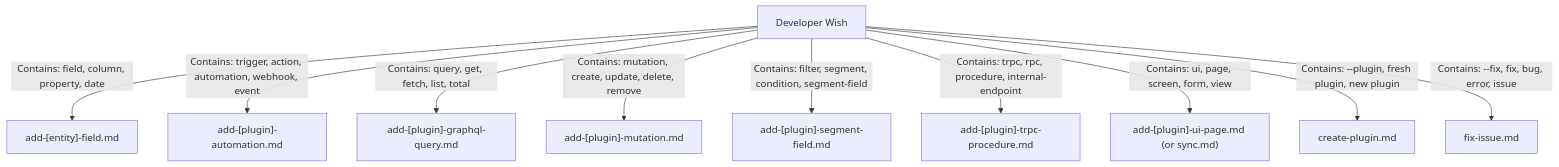
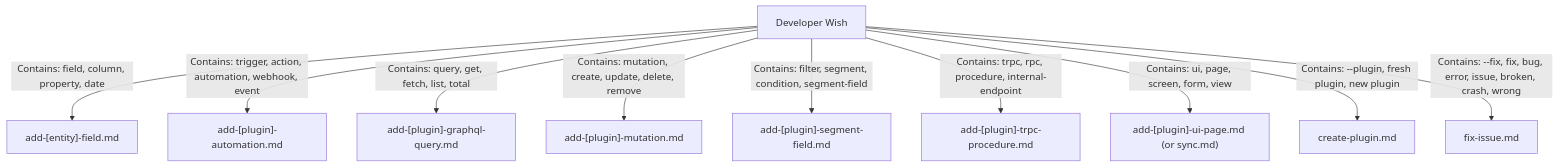
Before and after one commit to erxes/erxes: the first of 2 diagrams in .agents/skills/start.md, drawn with Mermaid. The commit also changed other lines of this file and 12 other files, not shown here.

````diff
--- a/.agents/skills/start.md
+++ b/.agents/skills/start.md
@@ -23,12 +23,12 @@
 ```mermaid
 graph TD
     Wish["Developer Wish"] -->|Contains: field, column, property, date| Field["add-[entity]-field.md"]
     Wish -->|Contains: trigger, action, automation, webhook, event| Auto["add-[plugin]-automation.md"]
     Wish -->|Contains: query, get, fetch, list, total| Query["add-[plugin]-graphql-query.md"]
     Wish -->|Contains: mutation, create, update, delete, remove| Mut["add-[plugin]-mutation.md"]
     Wish -->|Contains: filter, segment, condition, segment-field| Seg["add-[plugin]-segment-field.md"]
     Wish -->|Contains: trpc, rpc, procedure, internal-endpoint| TRPC["add-[plugin]-trpc-procedure.md"]
     Wish -->|Contains: ui, page, screen, form, view| UI["add-[plugin]-ui-page.md (or sync.md)"]
     Wish -->|Contains: --plugin, fresh plugin, new plugin| CreatePlugin["create-plugin.md"]
-    Wish -->|Contains: --fix, fix, bug, error, issue| FixIssue["fix-issue.md"]
+    Wish -->|Contains: --fix, fix, bug, error, issue, broken, crash, wrong| FixIssue["fix-issue.md"]
 ```
````
